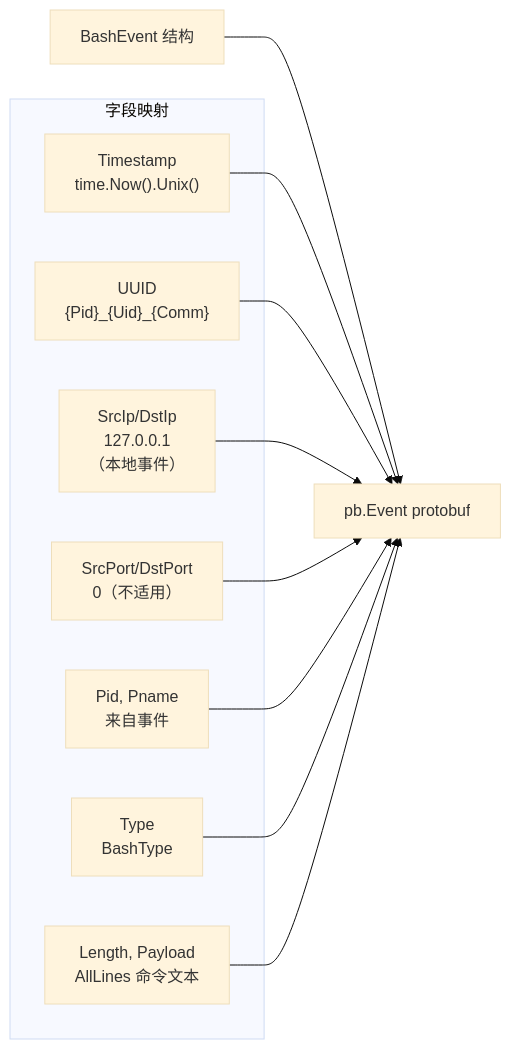
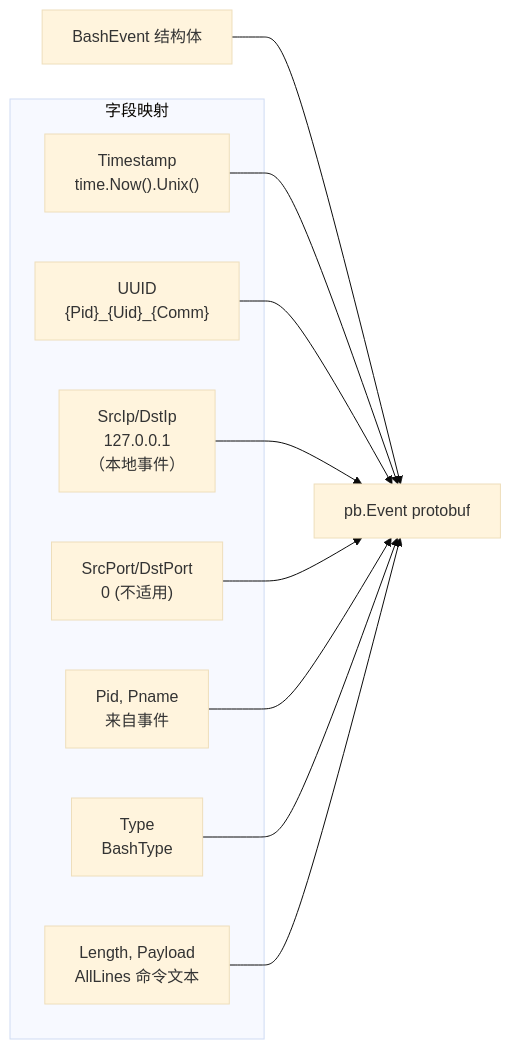
One commit to gojue/ecapture.cc changed the sixth of 6 diagrams in src/zh/3-capture-modules/3.2.1-shell-command-auditing.md. Above: the diagram before and after it, drawn with Mermaid (base theme). The commit also changed other lines of this file and 115 other files, not shown here.

````diff
--- a/src/zh/3-capture-modules/3.2.1-shell-command-auditing.md
+++ b/src/zh/3-capture-modules/3.2.1-shell-command-auditing.md
@@ -529,24 +387,24 @@
 ```mermaid
 graph LR
-    BashEvent["BashEvent 结构"]
+    BashEvent["BashEvent 结构体"]
     ProtoEvent["pb.Event protobuf"]
     
     subgraph "字段映射"
         Timestamp["Timestamp<br/>time.Now().Unix()"]
         UUID["UUID<br/>{Pid}_{Uid}_{Comm}"]
         IPs["SrcIp/DstIp<br/>127.0.0.1<br/>（本地事件）"]
-        Ports["SrcPort/DstPort<br/>0（不适用）"]
+        Ports["SrcPort/DstPort<br/>0 (不适用)"]
         Process["Pid, Pname<br/>来自事件"]
         Type["Type<br/>BashType"]
         Payload["Length, Payload<br/>AllLines 命令文本"]
     end
     
     BashEvent --> ProtoEvent
     Timestamp --> ProtoEvent
     UUID --> ProtoEvent
     IPs --> ProtoEvent
     Ports --> ProtoEvent
     Process --> ProtoEvent
     Type --> ProtoEvent
     Payload --> ProtoEvent
 ```
````
